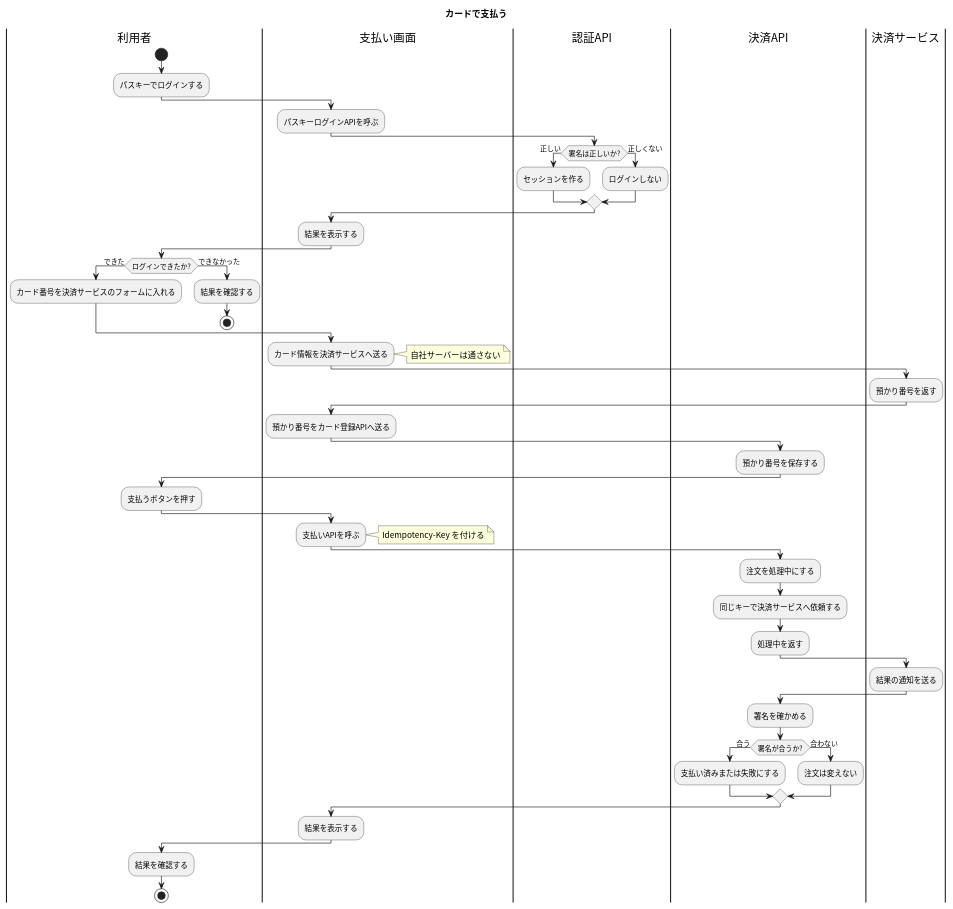
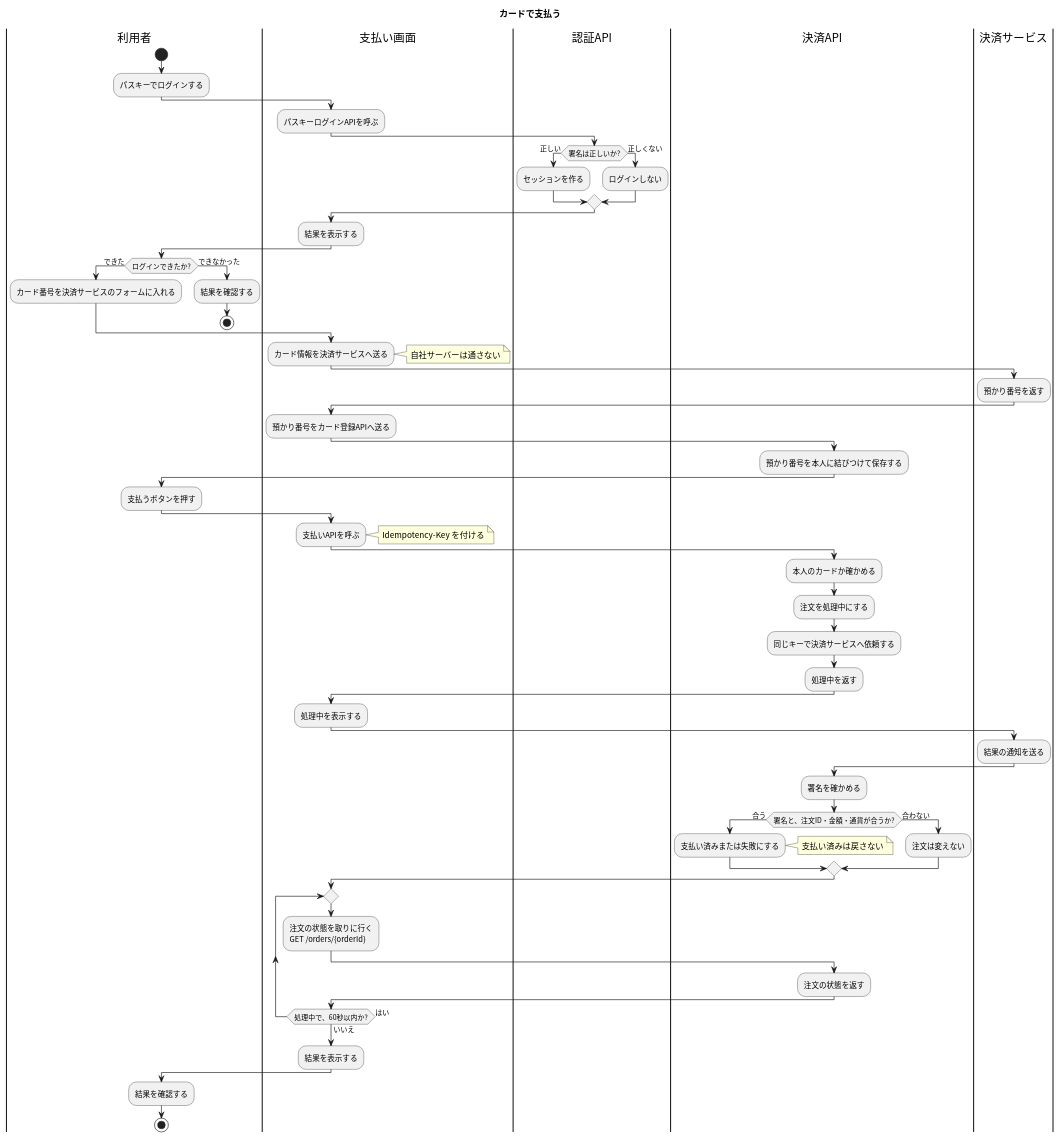
One commit to masamasamasato/design-doc-template changed the diagram in docs/business/カードで支払う/flow.puml. Above: the diagram before and after it, drawn with PlantUML. The commit also changed 57 other files, not shown here.

```diff
--- a/docs/business/カードで支払う/flow.puml
+++ b/docs/business/カードで支払う/flow.puml
@@ -3,80 +3,91 @@
 @startuml
 skinparam shadowing false
 skinparam defaultFontName "Noto Sans CJK JP"
 skinparam ActivityFontName "Noto Sans CJK JP"
 
 title カードで支払う
 
 |利用者|
 start
 |支払い画面|
 |認証API|
 |決済API|
 |決済サービス|
 |利用者|
 :パスキーでログインする;
 
 |支払い画面|
 :パスキーログインAPIを呼ぶ;
 
 |認証API|
 if (署名は正しいか?) then (正しい)
   :セッションを作る;
 else (正しくない)
   :ログインしない;
 endif
 
 |支払い画面|
 :結果を表示する;
 
 |利用者|
 if (ログインできたか?) then (できた)
   :カード番号を決済サービスのフォームに入れる;
 else (できなかった)
   :結果を確認する;
   stop
 endif
 
 |支払い画面|
 :カード情報を決済サービスへ送る;
 note right: 自社サーバーは通さない
 
 |決済サービス|
 :預かり番号を返す;
 
 |支払い画面|
 :預かり番号をカード登録APIへ送る;
 
 |決済API|
-:預かり番号を保存する;
+:預かり番号を本人に結びつけて保存する;
 
 |利用者|
 :支払うボタンを押す;
 
 |支払い画面|
 :支払いAPIを呼ぶ;
 note right: Idempotency-Key を付ける
 
 |決済API|
+:本人のカードか確かめる;
 :注文を処理中にする;
 :同じキーで決済サービスへ依頼する;
 :処理中を返す;
+
+|支払い画面|
+:処理中を表示する;
 
 |決済サービス|
 :結果の通知を送る;
 
 |決済API|
 :署名を確かめる;
-if (署名が合うか?) then (合う)
+if (署名と、注文ID・金額・通貨が合うか?) then (合う)
   :支払い済みまたは失敗にする;
+  note right: 支払い済みは戻さない
 else (合わない)
   :注文は変えない;
 endif
 
 |支払い画面|
+repeat
+  :注文の状態を取りに行く\nGET /orders/{orderId};
+  |決済API|
+  :注文の状態を返す;
+  |支払い画面|
+repeat while (処理中で、60秒以内か?) is (はい) not (いいえ)
 :結果を表示する;
 
 |利用者|
 :結果を確認する;
 stop
 @enduml
```
